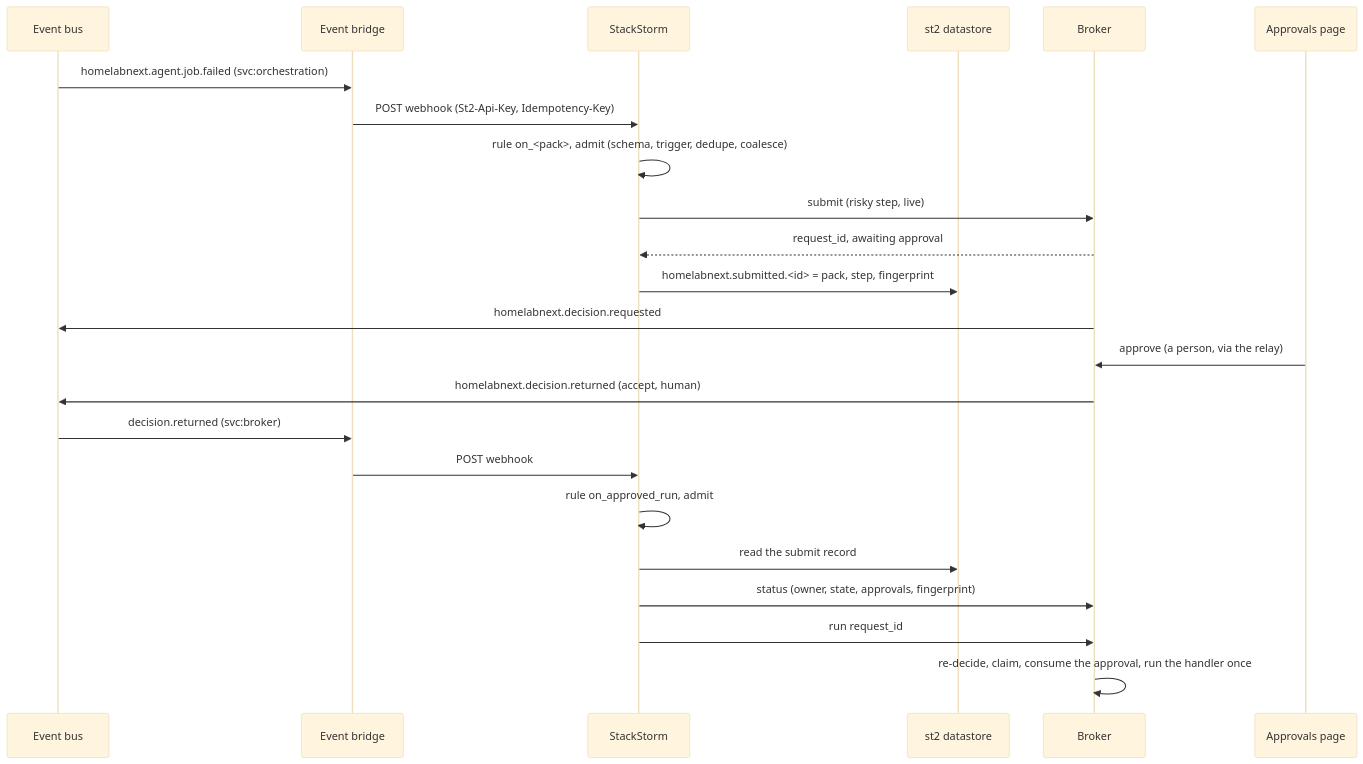
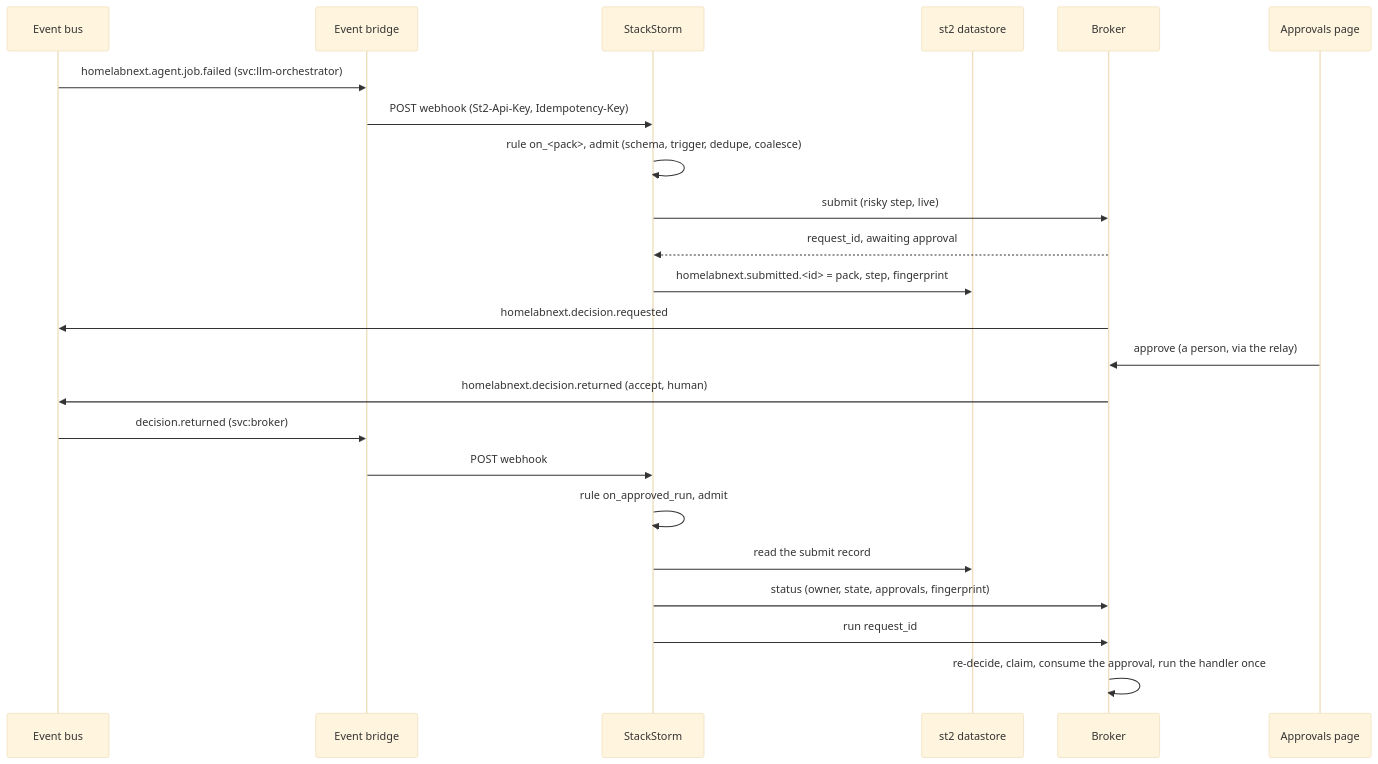
One commit to homelab-next/homelab-next changed the diagram in docs/stackstorm.md. Above: the diagram before and after it, drawn with Mermaid (base theme). The commit also changed other lines of this file and 23 other files, not shown here.

````diff
--- a/docs/stackstorm.md
+++ b/docs/stackstorm.md
@@ -168,25 +179,25 @@
 ```mermaid
 sequenceDiagram
     participant Bus as Event bus
     participant Bridge as Event bridge
     participant St2 as StackStorm
     participant KV as st2 datastore
     participant Broker
     participant Hub as Approvals page
-    Bus->>Bridge: homelabnext.agent.job.failed (svc:orchestration)
+    Bus->>Bridge: homelabnext.agent.job.failed (svc:llm-orchestrator)
     Bridge->>St2: POST webhook (St2-Api-Key, Idempotency-Key)
     St2->>St2: rule on_<pack>, admit (schema, trigger, dedupe, coalesce)
     St2->>Broker: submit (risky step, live)
     Broker-->>St2: request_id, awaiting approval
     St2->>KV: homelabnext.submitted.<id> = pack, step, fingerprint
     Broker->>Bus: homelabnext.decision.requested
     Hub->>Broker: approve (a person, via the relay)
     Broker->>Bus: homelabnext.decision.returned (accept, human)
     Bus->>Bridge: decision.returned (svc:broker)
     Bridge->>St2: POST webhook
     St2->>St2: rule on_approved_run, admit
     St2->>KV: read the submit record
     St2->>Broker: status (owner, state, approvals, fingerprint)
     St2->>Broker: run request_id
     Broker->>Broker: re-decide, claim, consume the approval, run the handler once
 ```
````
